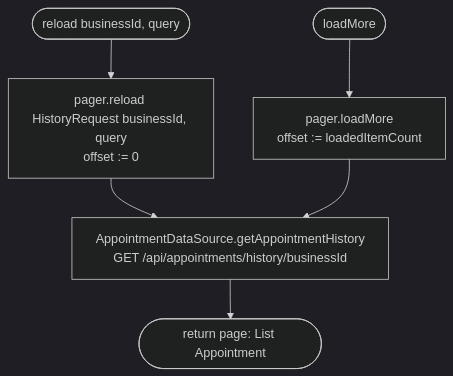
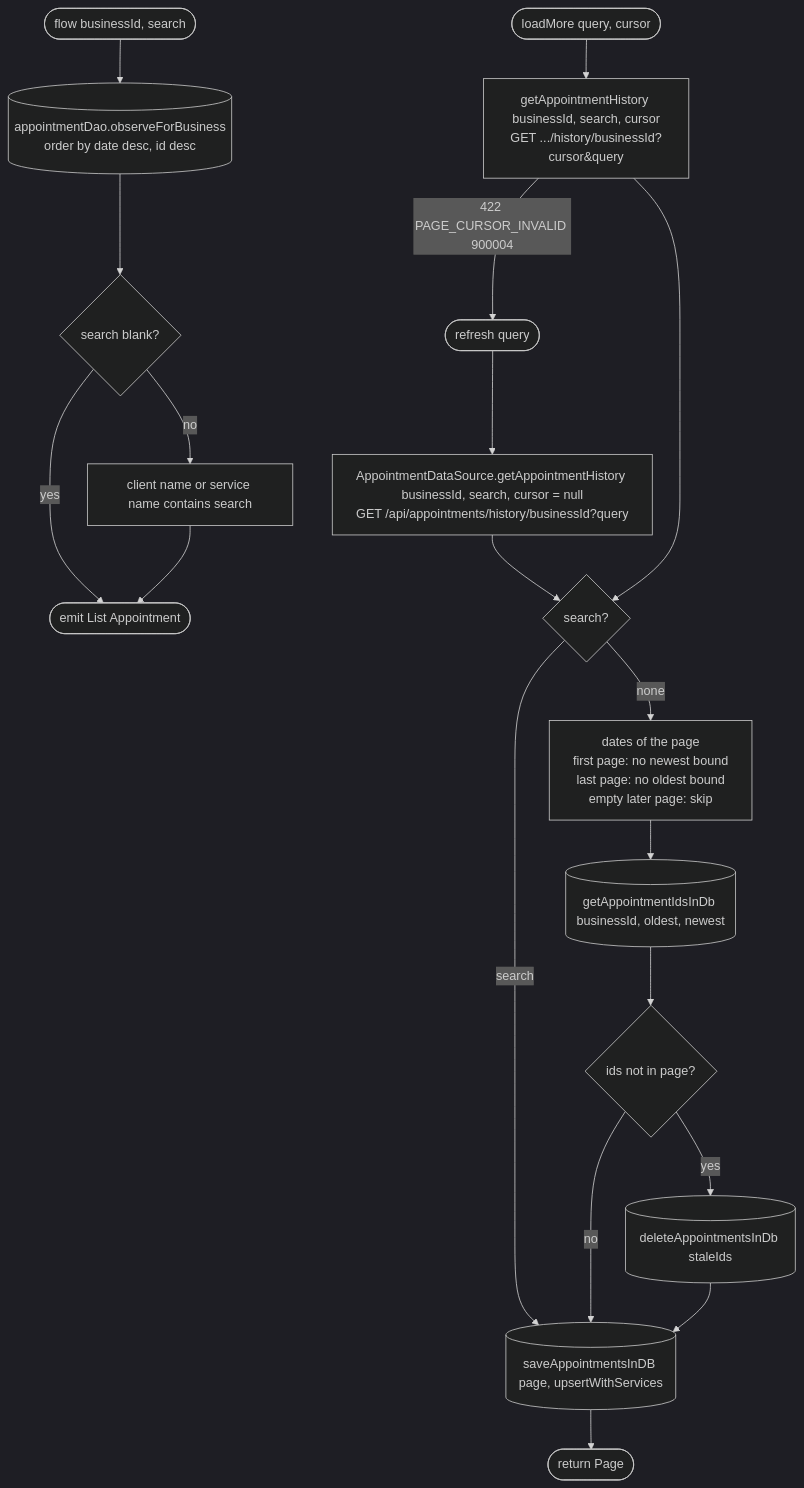
One commit to nocturneproperties/bookkme-client changed the diagram in docs/operations/appointments/get-appointment-history.md. Above: the diagram before and after it, drawn with Mermaid (dark theme). The commit also changed other lines of this file and 18 other files, not shown here.

Commit message:
[ISSUE-187] cache appointment history

````diff
--- a/docs/operations/appointments/get-appointment-history.md
+++ b/docs/operations/appointments/get-appointment-history.md
@@ -14,8 +31,21 @@
 ```mermaid
 flowchart TD
-    A([reload businessId, query]) --> Reset[pager.reload HistoryRequest businessId, query<br/>offset := 0]
-    B([loadMore]) --> Next[pager.loadMore<br/>offset := loadedItemCount]
-    Reset --> Net[AppointmentDataSource.getAppointmentHistory<br/>GET /api/appointments/history/businessId]
-    Next --> Net
-    Net --> R([return page: List Appointment])
+    F([flow businessId, search]) --> Obs[(appointmentDao.observeForBusiness<br/>order by date desc, id desc)]
+    Obs --> Q{search blank?}
+    Q -- yes --> FR([emit List Appointment])
+    Q -- no --> Filt[client name or service name contains search] --> FR
+
+    R([refresh query]) --> Net[AppointmentDataSource.getAppointmentHistory businessId, search, cursor = null<br/>GET /api/appointments/history/businessId?query]
+    M([loadMore query, cursor]) --> Net2[getAppointmentHistory businessId, search, cursor<br/>GET .../history/businessId?cursor&query]
+    Net2 -- 422 PAGE_CURSOR_INVALID 900004 --> R
+    Net --> S{search?}
+    Net2 --> S
+    S -- search --> Save
+    S -- none --> Range[dates of the page<br/>first page: no newest bound<br/>last page: no oldest bound<br/>empty later page: skip]
+    Range --> Ids[(getAppointmentIdsInDb businessId, oldest, newest)]
+    Ids --> Stale{ids not in page?}
+    Stale -- yes --> Del[(deleteAppointmentsInDb staleIds)]
+    Stale -- no --> Save
+    Del --> Save[(saveAppointmentsInDB page, upsertWithServices)]
+    Save --> RR([return Page])
 ```
````
